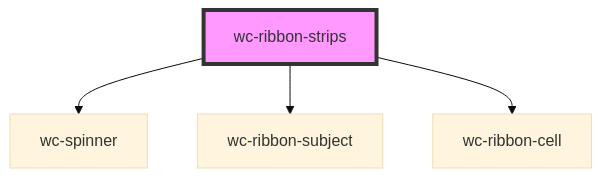
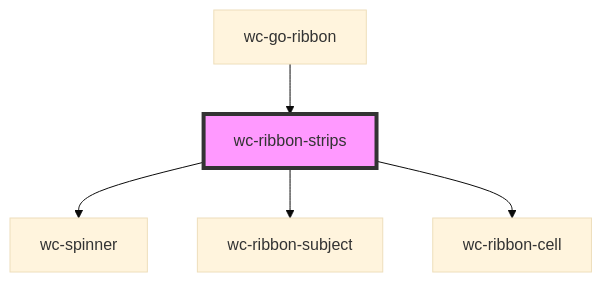
One commit to geneontology/web-components changed the diagram in src/components/go-ribbon-strips/readme.md. Above: the diagram before and after it, drawn with Mermaid (base theme). The commit also changed other lines of this file and 12 other files, not shown here.

````diff
--- a/src/components/go-ribbon-strips/readme.md
+++ b/src/components/go-ribbon-strips/readme.md
@@ -74,7 +78,8 @@
 ```mermaid
 graph TD;
   wc-ribbon-strips --> wc-spinner
   wc-ribbon-strips --> wc-ribbon-subject
   wc-ribbon-strips --> wc-ribbon-cell
+  wc-go-ribbon --> wc-ribbon-strips
   style wc-ribbon-strips fill:#f9f,stroke:#333,stroke-width:4px
 ```
````
